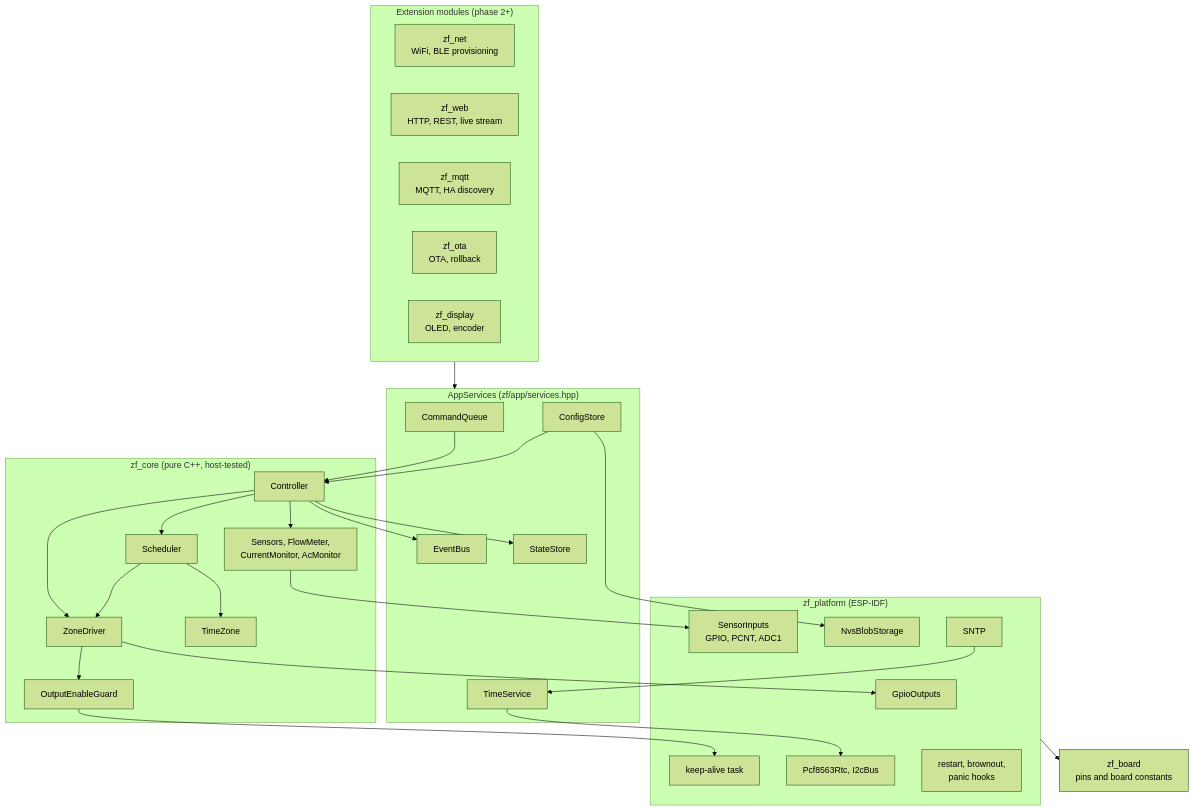
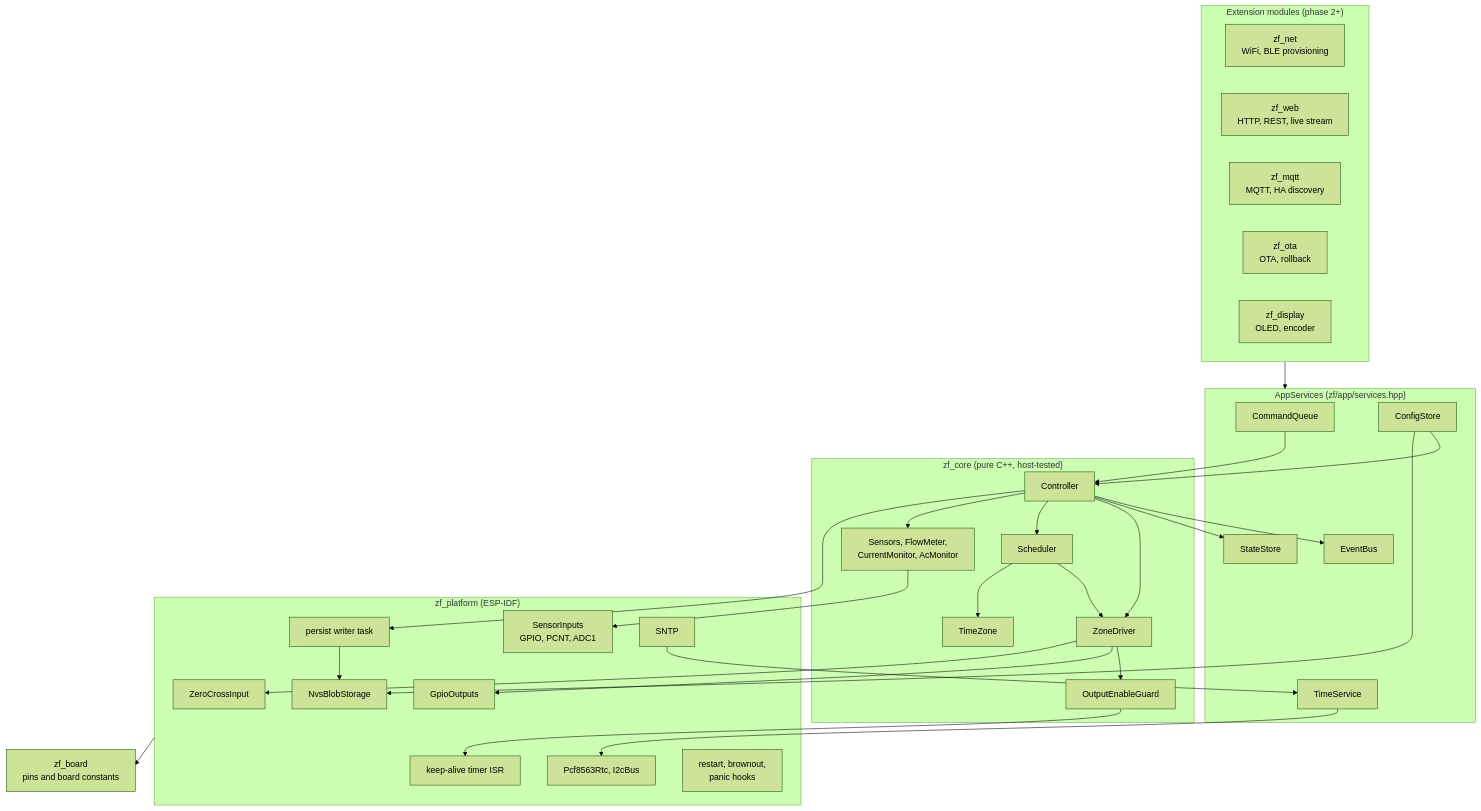
One commit to syntroniks/zoneflow changed the diagram in docs/design/firmware-architecture.md. Above: the diagram before and after it, drawn with Mermaid (forest theme). The commit also changed other lines of this file and 51 other files, not shown here.

````diff
--- a/docs/design/firmware-architecture.md
+++ b/docs/design/firmware-architecture.md
@@ -15,58 +16,63 @@
 ```mermaid
 flowchart TB
     subgraph ext["Extension modules (phase 2+)"]
         net[zf_net<br/>WiFi, BLE provisioning]
         web[zf_web<br/>HTTP, REST, live stream]
         mqtt[zf_mqtt<br/>MQTT, HA discovery]
         ota[zf_ota<br/>OTA, rollback]
         disp[zf_display<br/>OLED, encoder]
     end
 
     subgraph svc["AppServices (zf/app/services.hpp)"]
         cmdq[CommandQueue]
         bus[EventBus]
         state[StateStore]
         cfg[ConfigStore]
         time[TimeService]
     end
 
     subgraph core["zf_core (pure C++, host-tested)"]
         ctrl[Controller]
         drv[ZoneDriver]
         sched[Scheduler]
         diag[Sensors, FlowMeter,<br/>CurrentMonitor, AcMonitor]
         oeg[OutputEnableGuard]
         tz[TimeZone]
     end
 
     subgraph plat["zf_platform (ESP-IDF)"]
         gpio[GpioOutputs]
-        ka[keep-alive task]
+        ka[keep-alive timer ISR]
+        zc[ZeroCrossInput]
+        pw[persist writer task]
         sens[SensorInputs<br/>GPIO, PCNT, ADC1]
         nvs[NvsBlobStorage]
         rtc[Pcf8563Rtc, I2cBus]
         sntp[SNTP]
         safe[restart, brownout,<br/>panic hooks]
     end
 
     board[zf_board<br/>pins and board constants]
 
     ext --> svc
     cmdq --> ctrl
     ctrl --> bus
     ctrl --> state
     cfg --> ctrl
     ctrl --> drv
     ctrl --> sched
     ctrl --> diag
     sched --> drv
     sched --> tz
     drv --> oeg
     drv --> gpio
+    drv --> zc
+    ctrl --> pw
+    pw --> nvs
     oeg --> ka
     diag --> sens
     cfg --> nvs
     time --> rtc
     sntp --> time
     plat --> board
 ```
````
